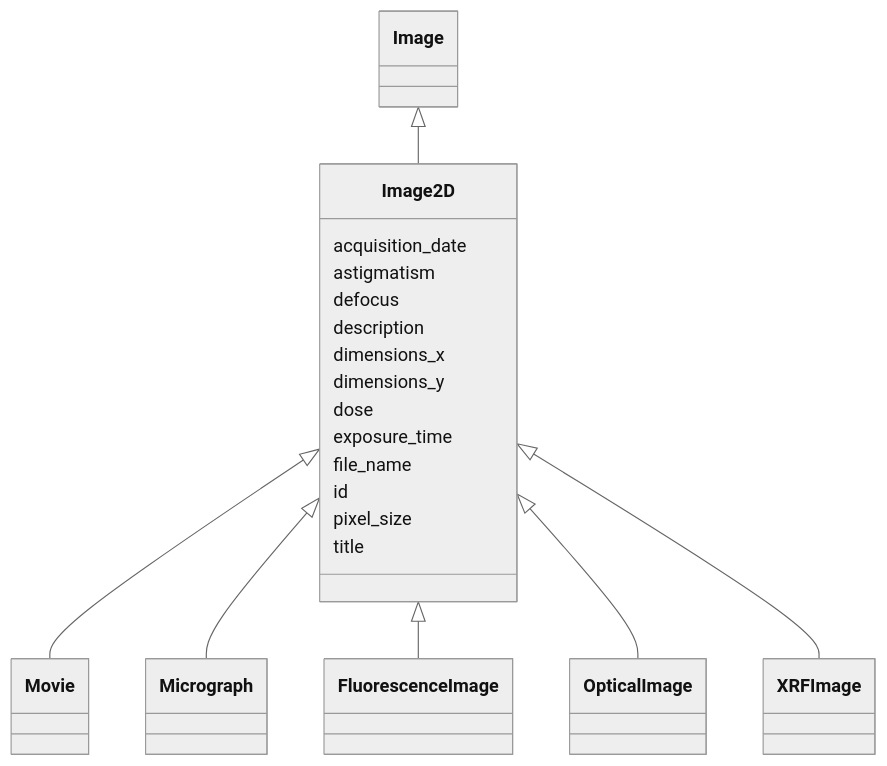
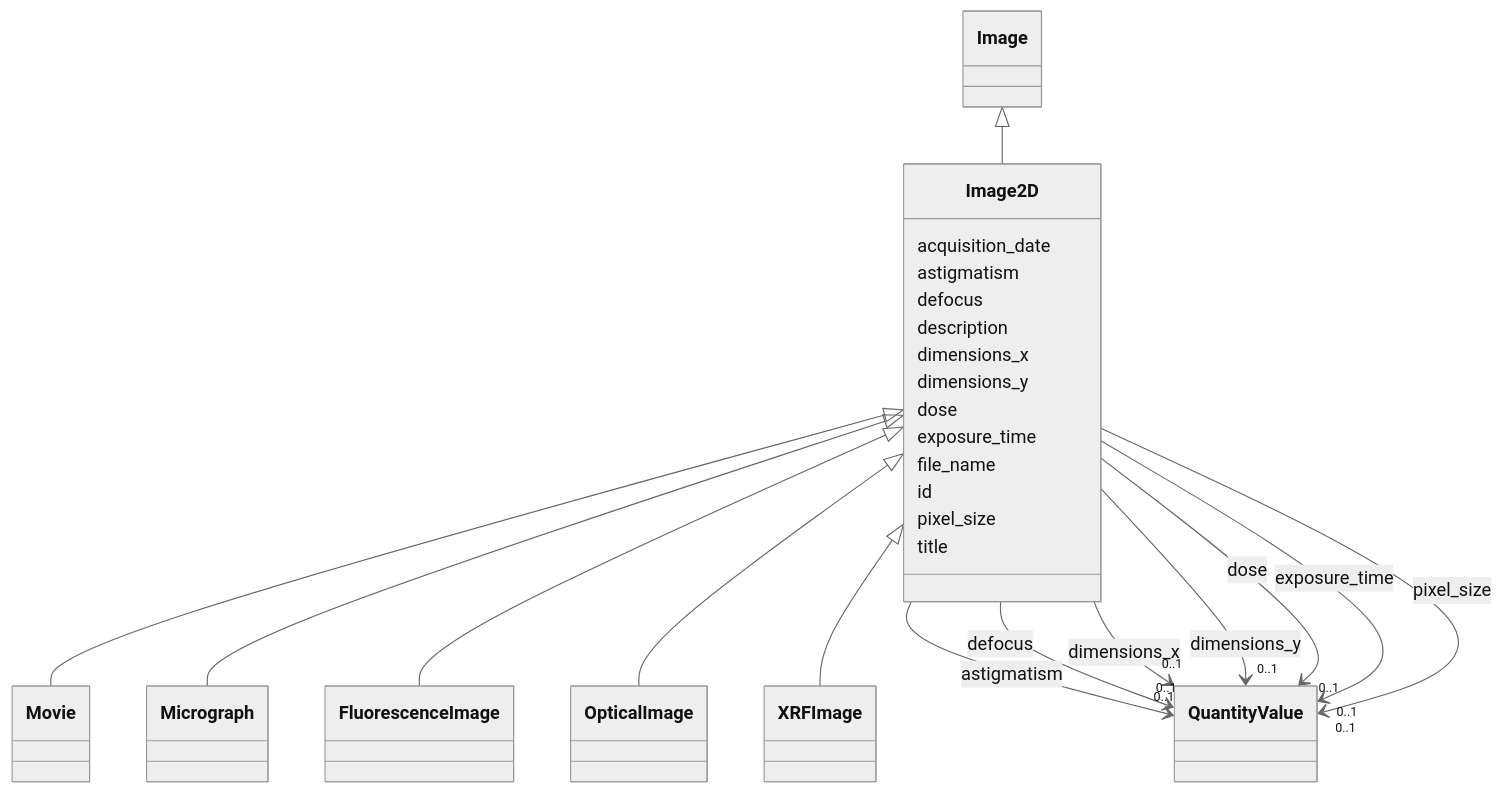
Before and after one commit to lambda-ber/lambda-ber-schema: the diagram in docs/elements/Image2D.md, drawn with Mermaid (neutral theme). The commit also changed other lines of this file and 404 other files, not shown here.

Commit message:
Update schema artifacts

```diff
--- a/docs/elements/Image2D.md
+++ b/docs/elements/Image2D.md
@@ -39,17 +39,71 @@
         
       Image2D : astigmatism
         
+          
+    
+        
+        
+        Image2D --> "0..1" QuantityValue : astigmatism
+        click QuantityValue href "../QuantityValue/"
+    
+
+        
       Image2D : defocus
+        
+          
+    
+        
+        
+        Image2D --> "0..1" QuantityValue : defocus
+        click QuantityValue href "../QuantityValue/"
+    
+
         
       Image2D : description
         
       Image2D : dimensions_x
         
+          
+    
+        
+        
+        Image2D --> "0..1" QuantityValue : dimensions_x
+        click QuantityValue href "../QuantityValue/"
+    
+
+        
       Image2D : dimensions_y
+        
+          
+    
+        
+        
+        Image2D --> "0..1" QuantityValue : dimensions_y
+        click QuantityValue href "../QuantityValue/"
+    
+
         
       Image2D : dose
         
+          
+    
+        
+        
+        Image2D --> "0..1" QuantityValue : dose
+        click QuantityValue href "../QuantityValue/"
+    
+
+        
       Image2D : exposure_time
+        
+          
+    
+        
+        
+        Image2D --> "0..1" QuantityValue : exposure_time
+        click QuantityValue href "../QuantityValue/"
+    
+
         
       Image2D : file_name
         
@@ -57,6 +111,15 @@
         
       Image2D : pixel_size
         
+          
+    
+        
+        
+        Image2D --> "0..1" QuantityValue : pixel_size
+        click QuantityValue href "../QuantityValue/"
+    
+
+        
       Image2D : title
         
       
```
